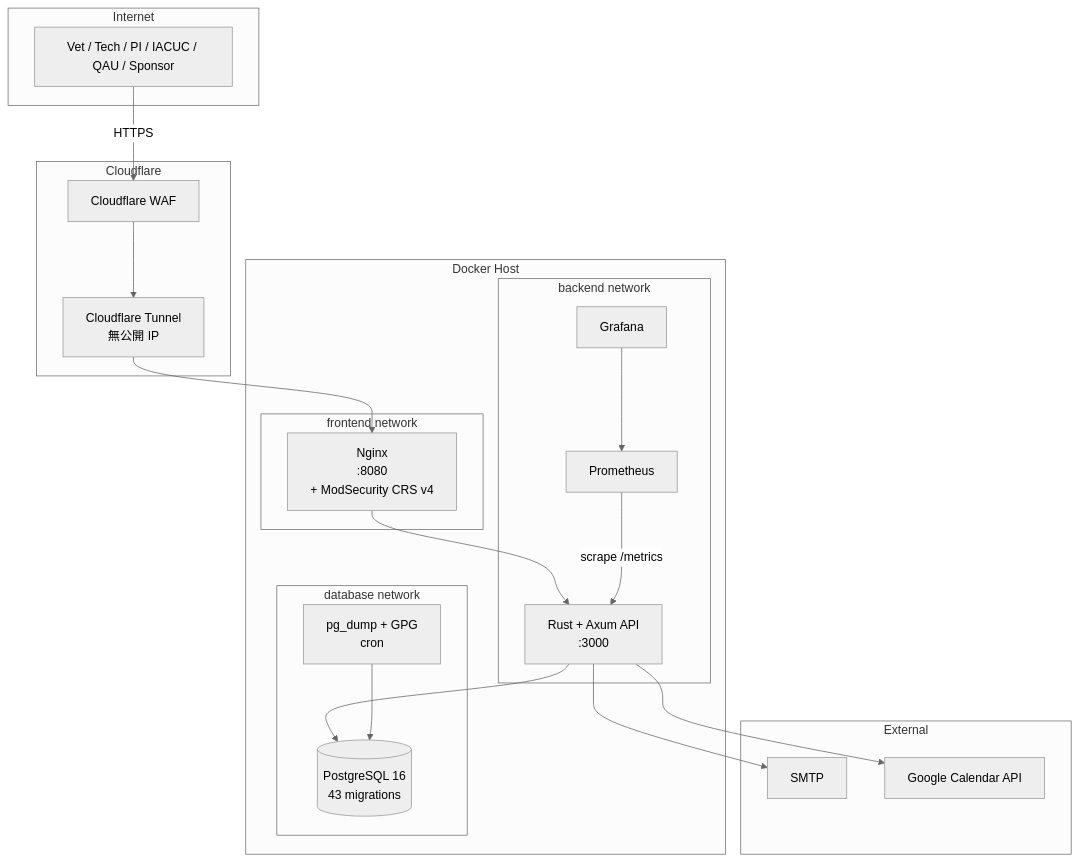
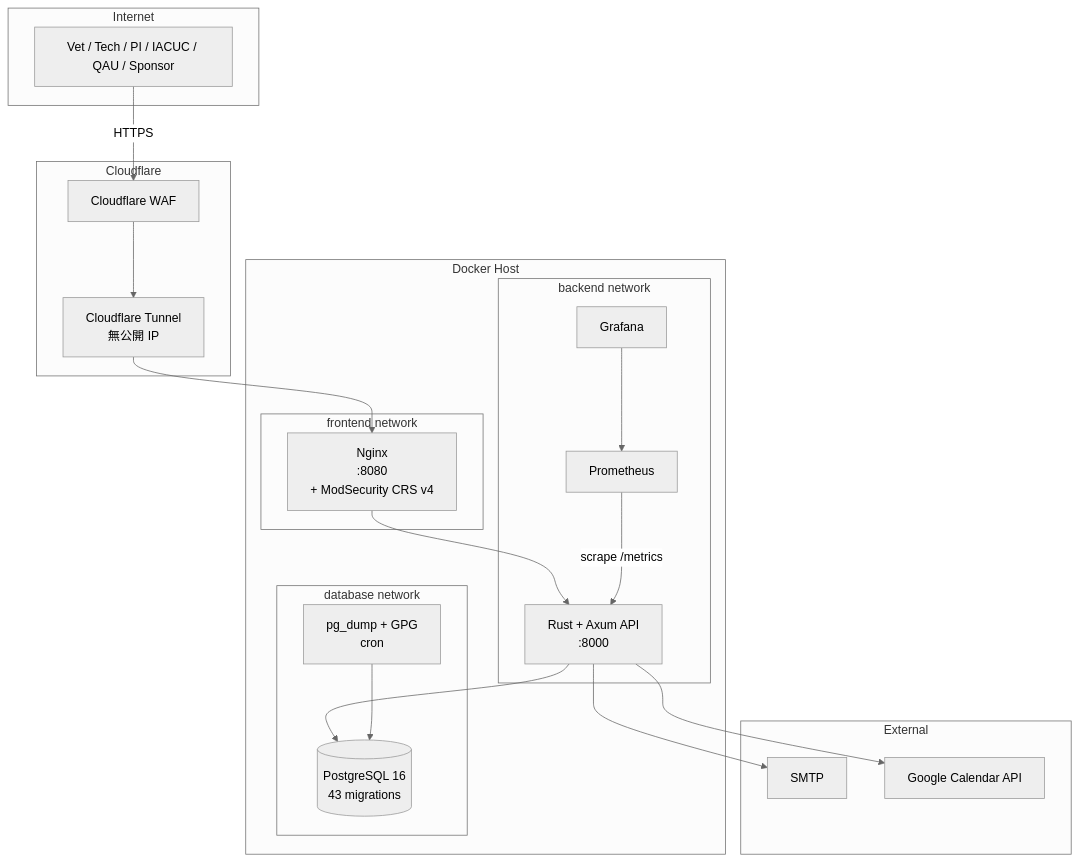
One commit to delightening/ipig_system changed the diagram in README.md. Above: the diagram before and after it, drawn with Mermaid (neutral theme). The commit also changed other lines of this file, not shown here.

````diff
--- a/README.md
+++ b/README.md
@@ -58,38 +58,38 @@
 ```mermaid
 graph TB
     subgraph Internet
         User[Vet / Tech / PI / IACUC / QAU / Sponsor]
     end
 
     subgraph Cloudflare
         CFTunnel[Cloudflare Tunnel<br/>無公開 IP]
         CFWAF[Cloudflare WAF]
     end
 
     subgraph "Docker Host"
         subgraph "frontend network"
             Nginx[Nginx<br/>:8080<br/>+ ModSecurity CRS v4]
         end
         subgraph "backend network"
-            API[Rust + Axum API<br/>:3000]
+            API[Rust + Axum API<br/>:8000]
             Prom[Prometheus]
             Graf[Grafana]
         end
         subgraph "database network"
             DB[(PostgreSQL 16<br/>43 migrations)]
             Backup[pg_dump + GPG<br/>cron]
         end
     end
 
     subgraph External
         SMTP[SMTP]
         GCal[Google Calendar API]
     end
 
     User -->|HTTPS| CFWAF --> CFTunnel --> Nginx --> API --> DB
     API --> SMTP
     API --> GCal
     Prom -->|scrape /metrics| API
     Graf --> Prom
     Backup --> DB
 ```
````
